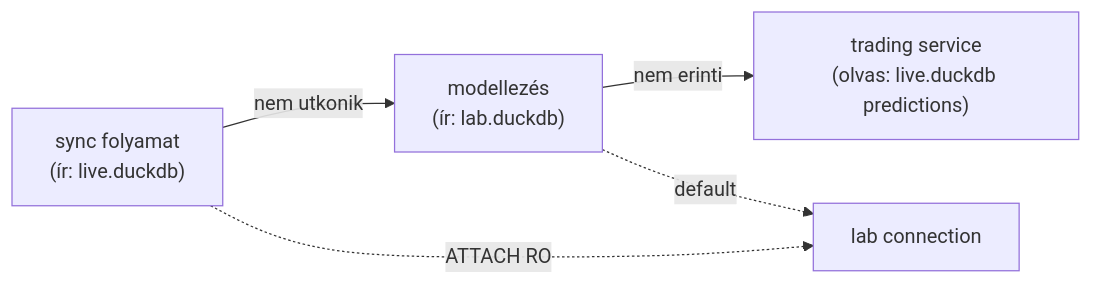
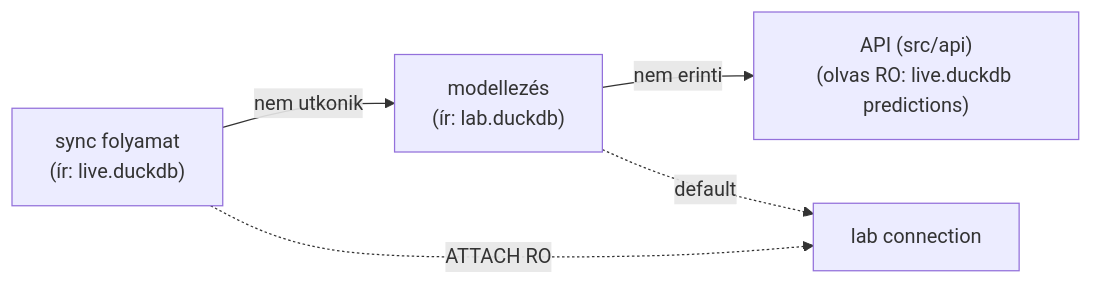
Before and after one commit to Nemesis14/chronoquant: the fourth of 4 diagrams in _doc_/database_and_code_doc/0002_data_architecture.md, drawn with Mermaid. The commit also changed other lines of this file and 1008 other files, not shown here.

````diff
--- a/_doc_/database_and_code_doc/0002_data_architecture.md
+++ b/_doc_/database_and_code_doc/0002_data_architecture.md
@@ -183,11 +183,11 @@
 ```mermaid
 flowchart LR
   SYNC["sync folyamat\n(ír: live.duckdb)"]
   MODEL["modellezés\n(ír: lab.duckdb)"]
-  TRADING["trading service\n(olvas: live.duckdb predictions)"]
+  TRADING["API (src/api)\n(olvas RO: live.duckdb predictions)"]
 
   SYNC -->|"nem utkonik"| MODEL
   MODEL -->|"nem erinti"| TRADING
   SYNC -.->|"ATTACH RO"| LABCONN["lab connection"]
   MODEL -.->|"default"| LABCONN
 ```
````
